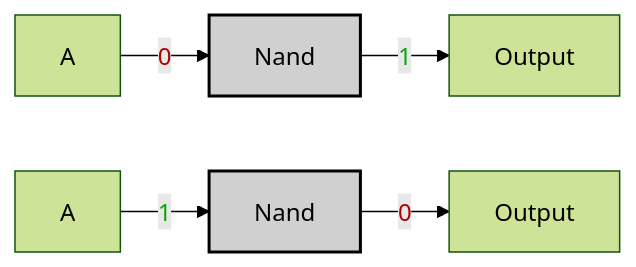
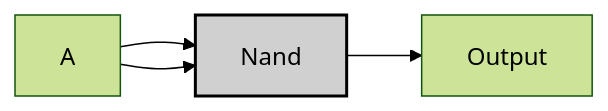
One commit to MeJamoLeo/Vault_Templates changed the second of 2 diagrams in 99_Projects/Nand2Tetris/HackHDL/01_NOT.md. Above: the diagram before and after it, drawn with Mermaid (forest theme). The commit also changed other lines of this file and 1 other file, not shown here.

````diff
--- a/99_Projects/Nand2Tetris/HackHDL/01_NOT.md
+++ b/99_Projects/Nand2Tetris/HackHDL/01_NOT.md
@@ -53,10 +51,8 @@
 ```mermaid
 graph LR;
-    A["A"] -->|<span style="color:#a00">0</span>| Nand0;
-    Nand0["Nand"]:::gate -->|<span style="color:#0a0">1</span>| OUT0["Output"];
-
-    A1["A"] -->|<span style="color:#0a0">1</span>| Nand1;
-    Nand1["Nand"]:::gate -->|<span style="color:#a00">0</span>| OUT1["Output"];
-
+    A["A"] --> Nand0;
+    A["A"] --> Nand0;
+    Nand0["Nand"]:::gate --> OUT0["Output"];
+    
     classDef gate fill:#d0d0d0,stroke:#000,stroke-width:2px;
 ```
````
